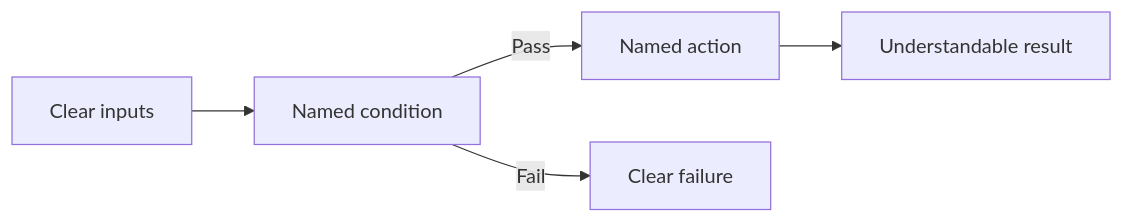
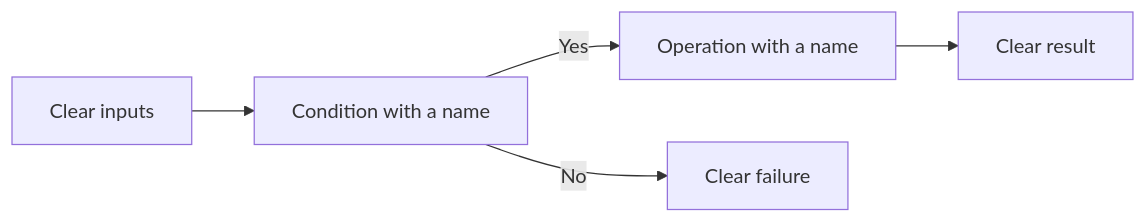
Before and after one commit to HomericIntelligence/Athena: the diagram in docs/principles/details/p086-readability-counts.md, drawn with Mermaid. The commit also changed other lines of this file and 91 other files, not shown here.

````diff
--- a/docs/principles/details/p086-readability-counts.md
+++ b/docs/principles/details/p086-readability-counts.md
@@ -36,7 +37,7 @@
 ```mermaid
 flowchart LR
-    A["Clear inputs"] --> B["Named condition"]
-    B -->|Pass| C["Named action"]
-    B -->|Fail| D["Clear failure"]
-    C --> E["Understandable result"]
+    A["Clear inputs"] --> B["Condition with a name"]
+    B -->|Yes| C["Operation with a name"]
+    B -->|No| D["Clear failure"]
+    C --> E["Clear result"]
 ```
````
